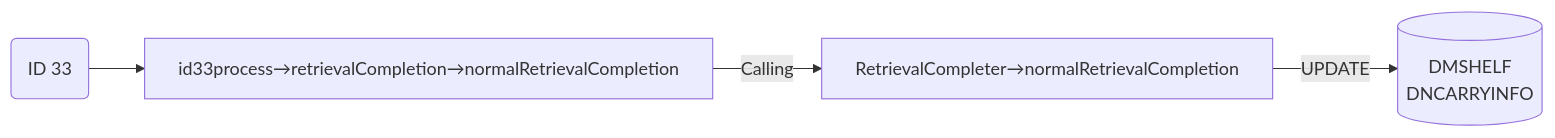
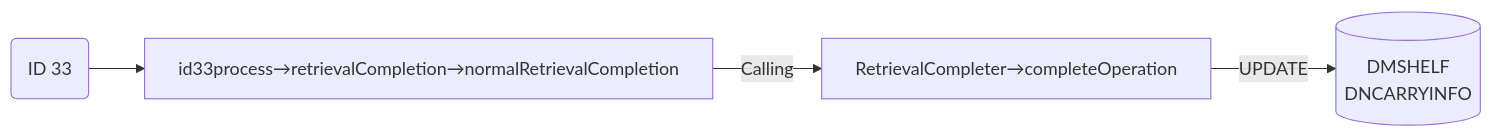
Before and after one commit to luthfiadityaa/SimeDarby-Wiki: the ninth of 19 diagrams in Basic-Design/DFD-WMS/Retrieval/Specific-Location-Retrieval-Setting.md, drawn with Mermaid.

Commit message:
Updated Specific Location Retrieval Setting

```diff
--- a/Basic-Design/DFD-WMS/Retrieval/Specific-Location-Retrieval-Setting.md
+++ b/Basic-Design/DFD-WMS/Retrieval/Specific-Location-Retrieval-Setting.md
@@ -429,15 +429,15 @@
 ::: mermaid
 flowchart LR
 
 id33("
 ID 33
 ")
 
 id33-update[("
 DMSHELF
 DNCARRYINFO
 ")]
 
 id33-->P1[id33process→retrievalCompletion→normalRetrievalCompletion]
-P1--> |Calling| P2[RetrievalCompleter→normalRetrievalCompletion]--> |UPDATE| id33-update
+P1--> |Calling| P2[RetrievalCompleter→completeOperation]--> |UPDATE| id33-update
 :::
```
